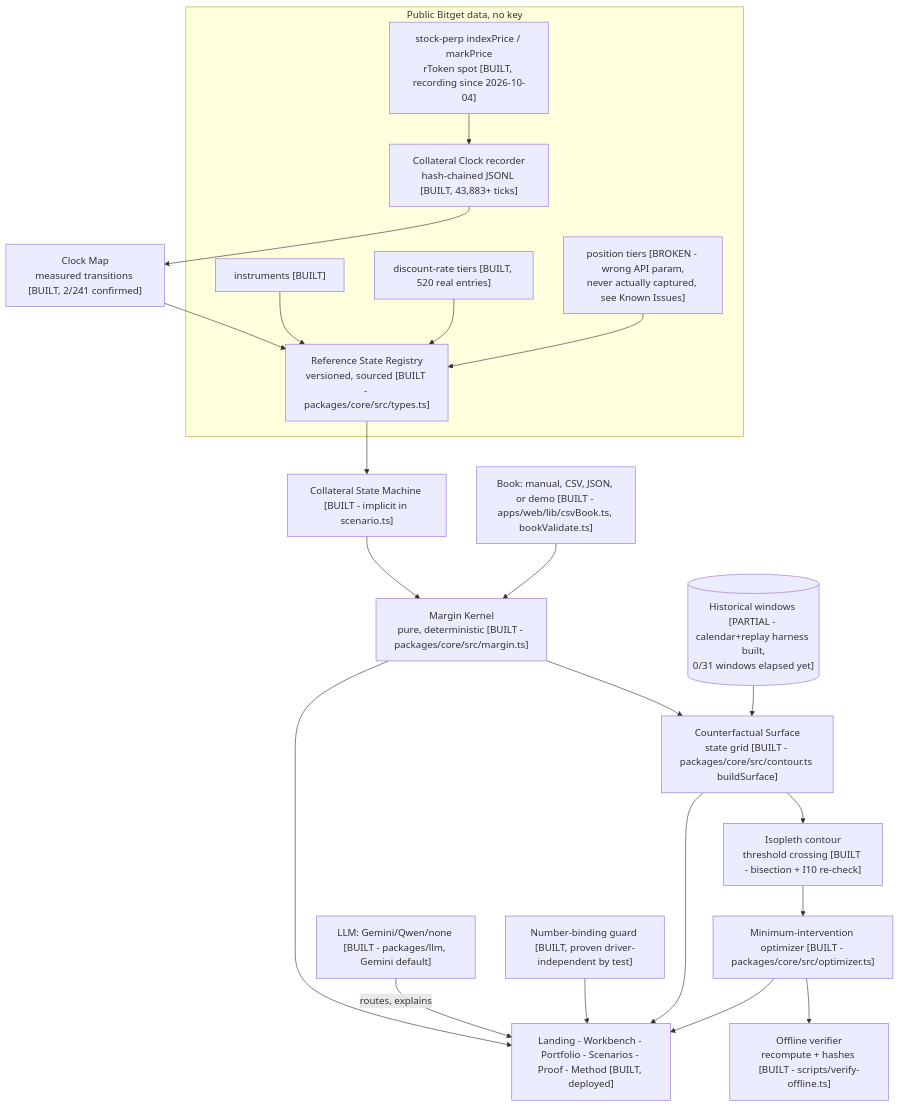
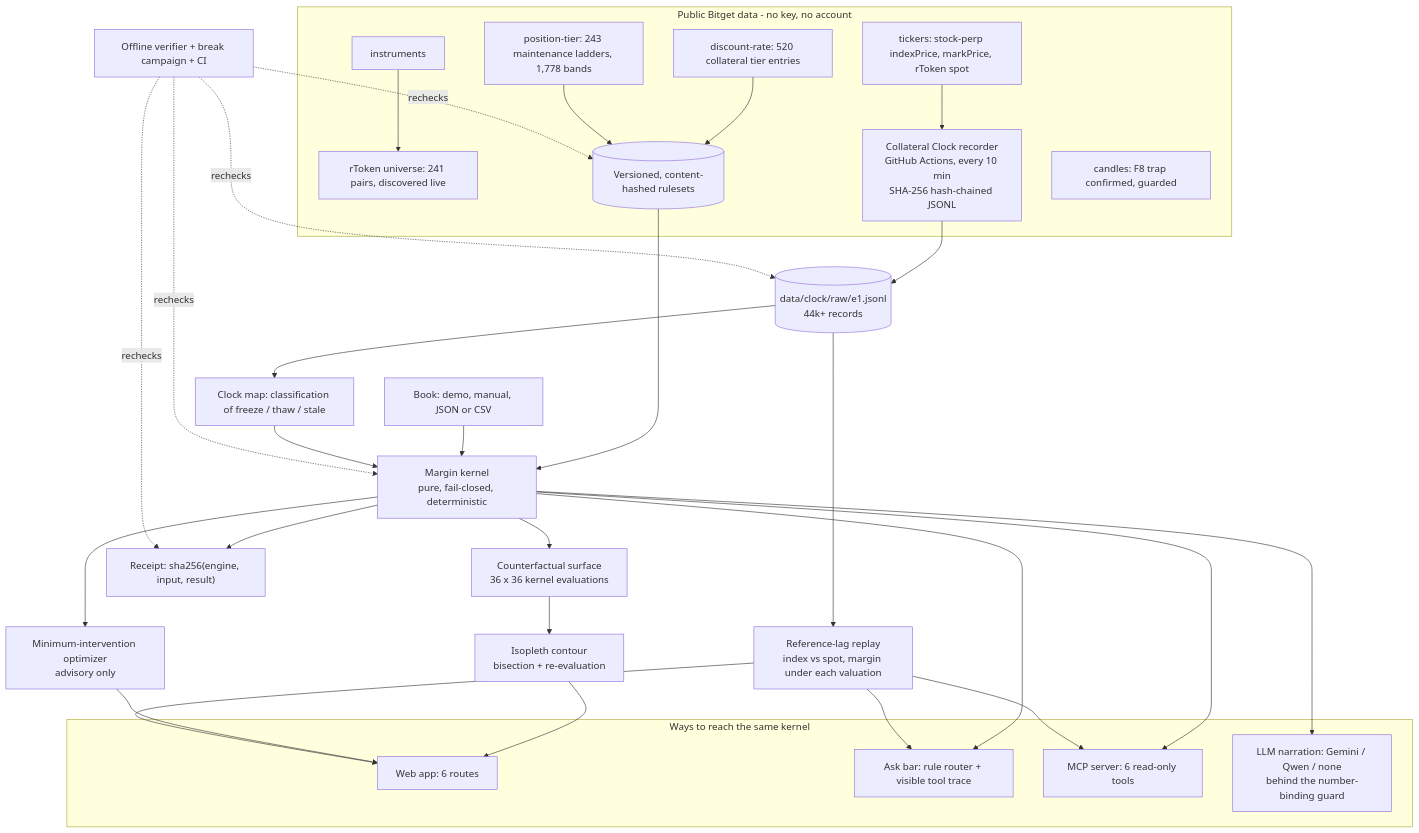
One commit to 0xkinno/isopleth changed the diagram in ARCHITECTURE.md. Above: the diagram before and after it, drawn with Mermaid. The commit also changed other lines of this file and 11 other files, not shown here.

Commit message:
Docs: complete ARCHITECTURE write-up, final SUBMISSION, METHOD/LIMITATIONS/PROOF/MILESTONE brought to current state, README updated for new features

````diff
--- a/ARCHITECTURE.md
+++ b/ARCHITECTURE.md
@@ -9,23 +25,38 @@
 ```mermaid
 flowchart TD
-  subgraph Public["Public Bitget data, no key"]
-    I["instruments [BUILT]"] --> REG
-    D["discount-rate tiers [BUILT, 520 real entries]"] --> REG
-    PT["position tiers [BROKEN - wrong API param,<br/>never actually captured, see Known Issues]"] --> REG
-    TK["stock-perp indexPrice / markPrice<br/>rToken spot [BUILT, recording since 2026-10-04]"] --> CLK
+  subgraph PUB["Public Bitget data - no key, no account"]
+    INS["instruments"] --> UNI["rToken universe: 241 pairs, discovered live"]
+    TKR["tickers: stock-perp indexPrice, markPrice, rToken spot"] --> REC
+    DR["discount-rate: 520 collateral tier entries"] --> RULES
+    PT["position-tier: 243 maintenance ladders, 1,778 bands"] --> RULES
+    CND["candles: F8 trap confirmed, guarded"]
   end
-  CLK["Collateral Clock recorder<br/>hash-chained JSONL [BUILT, 43,883+ ticks]"] --> MAP["Clock Map<br/>measured transitions [BUILT, 2/241 confirmed]"]
-  MAP --> REG["Reference State Registry<br/>versioned, sourced [BUILT - packages/core/src/types.ts]"]
-  REG --> CSM["Collateral State Machine [BUILT - implicit in scenario.ts]"]
-  CSM --> K["Margin Kernel<br/>pure, deterministic [BUILT - packages/core/src/margin.ts]"]
-  BK["Book: manual, CSV, JSON, or demo [BUILT - apps/web/lib/csvBook.ts, bookValidate.ts]"] --> K
-  K --> SURF["Counterfactual Surface<br/>state grid [BUILT - packages/core/src/contour.ts buildSurface]"]
-  SURF --> CONT["Isopleth contour<br/>threshold crossing [BUILT - bisection + I10 re-check]"]
-  CONT --> OPT["Minimum-intervention optimizer [BUILT - packages/core/src/optimizer.ts]"]
-  HIST[("Historical windows [PARTIAL - calendar+replay harness built,<br/>0/31 windows elapsed yet]")] --> SURF
-  OPT --> VER["Offline verifier<br/>recompute + hashes [BUILT - scripts/verify-offline.ts]"]
-  Q["LLM: Gemini/Qwen/none [BUILT - packages/llm, Gemini default]"] -->|routes, explains| LUI
-  K --> LUI; SURF --> LUI; OPT --> LUI
-  NB["Number-binding guard [BUILT, proven driver-independent by test]"] --> LUI
-  LUI["Landing - Workbench - Portfolio - Scenarios - Proof - Method [BUILT, deployed]"]
+  REC["Collateral Clock recorder<br/>GitHub Actions, every 10 min<br/>SHA-256 hash-chained JSONL"] --> CHAIN[("data/clock/raw/e1.jsonl<br/>44k+ records")]
+  CHAIN --> MAP["Clock map: classification of freeze / thaw / stale"]
+  CHAIN --> LAG["Reference-lag replay<br/>index vs spot, margin under each valuation"]
+  RULES[("Versioned, content-hashed rulesets")] --> KERNEL
+  BOOK["Book: demo, manual, JSON or CSV"] --> KERNEL
+  MAP --> KERNEL
+  KERNEL["Margin kernel<br/>pure, fail-closed, deterministic"] --> SURF["Counterfactual surface<br/>36 x 36 kernel evaluations"]
+  SURF --> CONTOUR["Isopleth contour<br/>bisection + re-evaluation"]
+  KERNEL --> OPT["Minimum-intervention optimizer<br/>advisory only"]
+  KERNEL --> RCPT["Receipt: sha256(engine, input, result)"]
+  subgraph SURFACES["Ways to reach the same kernel"]
+    UI["Web app: 6 routes"]
+    ASK["Ask bar: rule router + visible tool trace"]
+    MCP["MCP server: 6 read-only tools"]
+    LLM["LLM narration: Gemini / Qwen / none<br/>behind the number-binding guard"]
+  end
+  CONTOUR --> UI
+  OPT --> UI
+  KERNEL --> ASK
+  KERNEL --> MCP
+  KERNEL --> LLM
+  LAG --> UI
+  LAG --> ASK
+  LAG --> MCP
+  VER["Offline verifier + break campaign + CI"] -. rechecks .-> CHAIN
+  VER -. rechecks .-> KERNEL
+  VER -. rechecks .-> RULES
+  VER -. rechecks .-> RCPT
 ```
````
